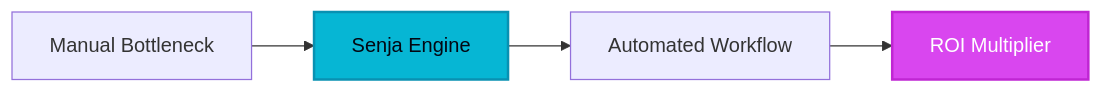
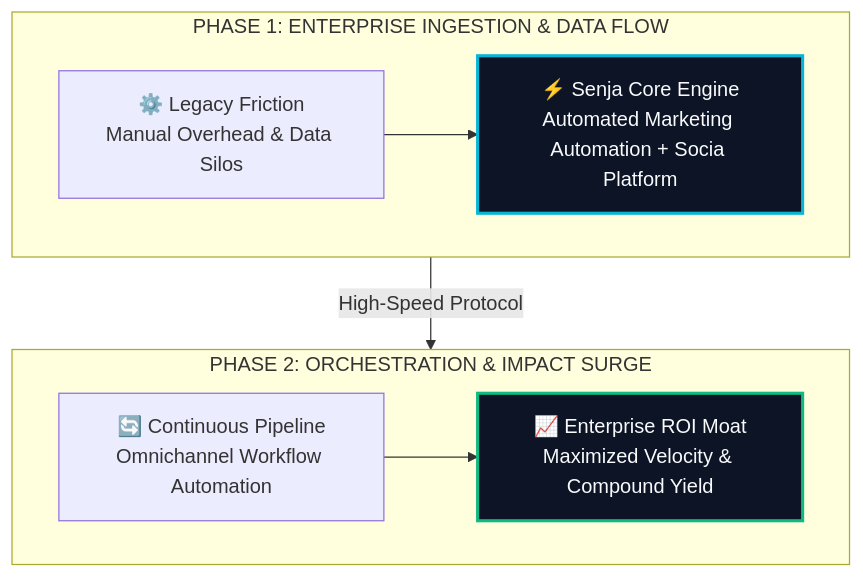
The diagram in site/src/content/blog/senja-social-proof-conversion-guide.md (heliatech-media/saas-radar), drawn with Mermaid before and after one commit. The commit also changed 97 other files, not shown here.

First line of the commit message:
feat(diagrams): upgrade all article architecture schemas to high-impact 2-tier responsive vector blueprints

````diff
--- a/site/src/content/blog/senja-social-proof-conversion-guide.md
+++ b/site/src/content/blog/senja-social-proof-conversion-guide.md
@@ -51,8 +51,14 @@
 ```mermaid
-flowchart LR
-    A[Manual Bottleneck] --> B[Senja Engine]
-    B --> C[Automated Workflow]
-    C --> D[ROI Multiplier]
-    style B fill:#06b6d4,stroke:#0891b2,stroke-width:2px,color:#030712
-    style D fill:#d946ef,stroke:#c026d3,stroke-width:2px,color:#ffffff
+flowchart TD
+    subgraph S1["PHASE 1: ENTERPRISE INGESTION & DATA FLOW"]
+        direction LR
+        A["⚙️ Legacy Friction<br/>Manual Overhead & Data Silos"] --> B["⚡ Senja Core Engine<br/>Automated Marketing Automation + Socia Platform"]
+    end
+    subgraph S2["PHASE 2: ORCHESTRATION & IMPACT SURGE"]
+        direction LR
+        C["🔄 Continuous Pipeline<br/>Omnichannel Workflow Automation"] --> D["📈 Enterprise ROI Moat<br/>Maximized Velocity & Compound Yield"]
+    end
+    S1 -->|High-Speed Protocol| S2
+    style B fill:#0c1425,stroke:#06b6d4,stroke-width:2.5px,color:#f8fafc
+    style D fill:#0c1425,stroke:#10b981,stroke-width:2.5px,color:#f8fafc
 ```
````
